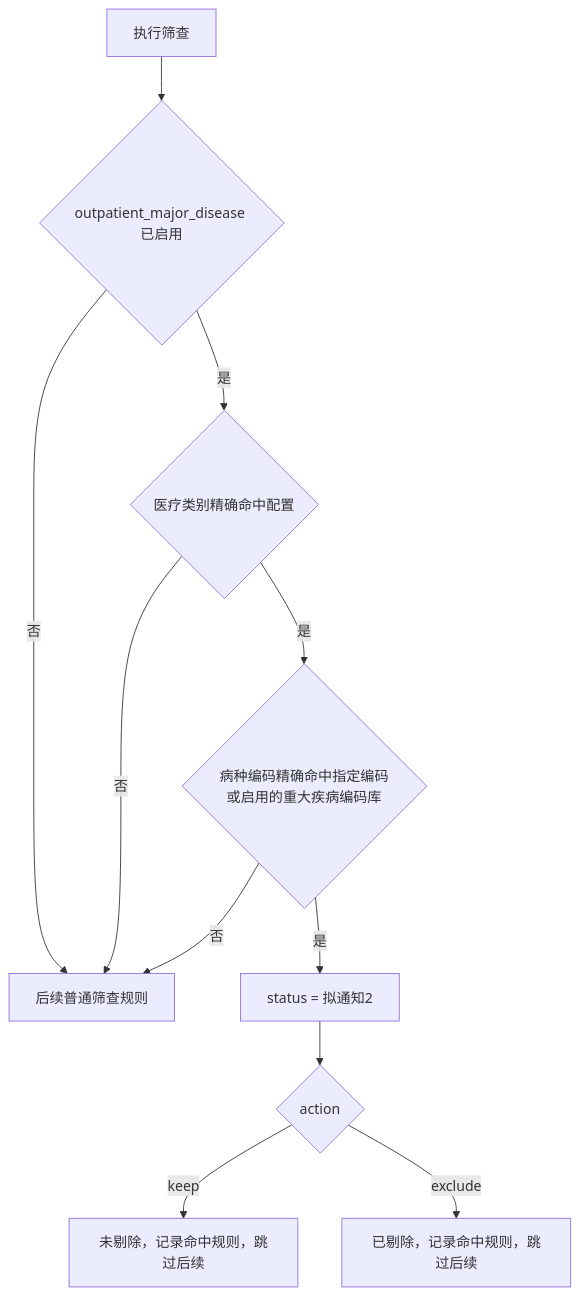
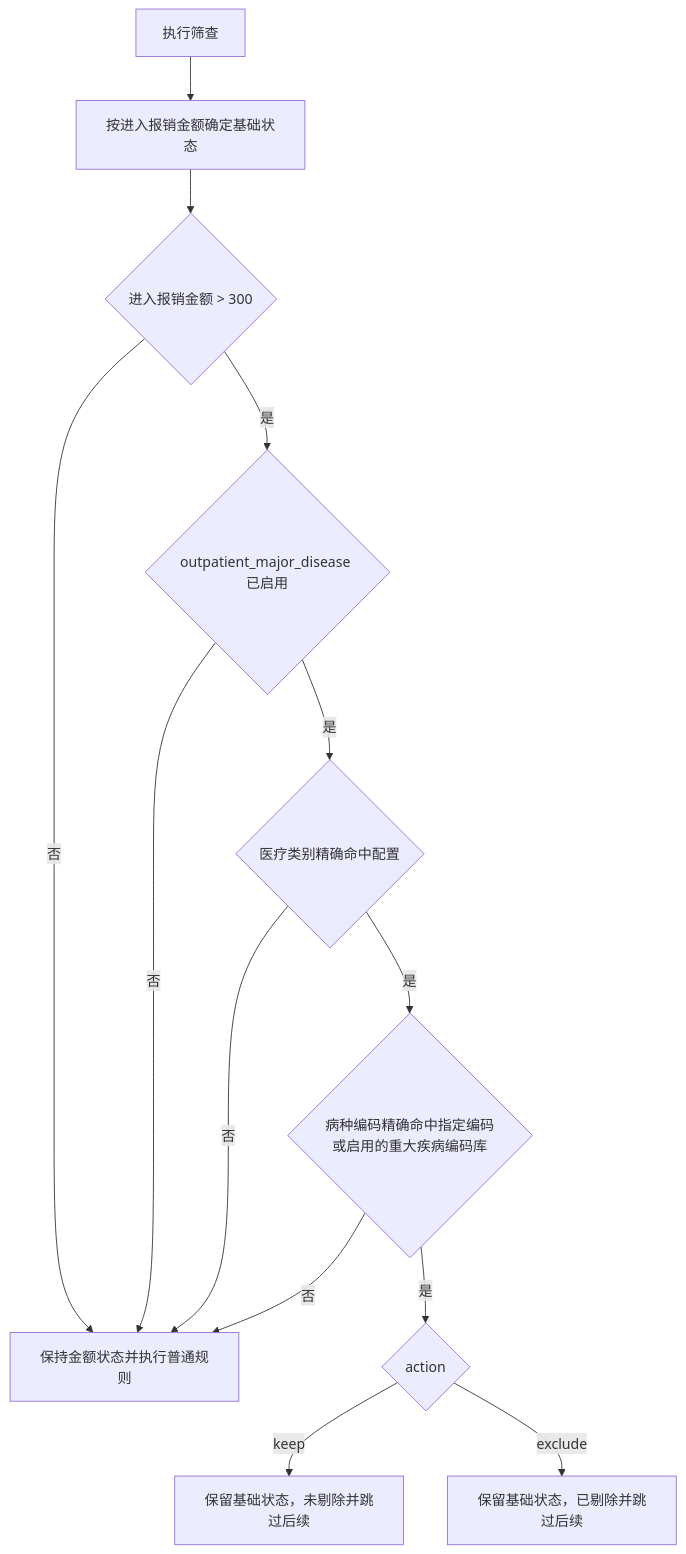
One commit to kongzhiao/tools-hyperf changed the fourth of 7 diagrams in docs/未救助台账/业务流程图解.md. Above: the diagram before and after it, drawn with Mermaid. The commit also changed other lines of this file and 10 other files, not shown here.

````diff
--- a/docs/未救助台账/业务流程图解.md
+++ b/docs/未救助台账/业务流程图解.md
@@ -50,13 +50,15 @@
 ```mermaid
 flowchart TD
-    A["执行筛查"] --> B{"outpatient_major_disease 已启用"}
-    B -- "否" --> H["后续普通筛查规则"]
-    B -- "是" --> C{"医疗类别精确命中配置"}
-    C -- "否" --> H
-    C -- "是" --> D{"病种编码精确命中指定编码或启用的重大疾病编码库"}
+    A["执行筛查"] --> B["按进入报销金额确定基础状态"]
+    B --> C{"进入报销金额 > 300"}
+    C -- "否" --> H["保持金额状态并执行普通规则"]
+    C -- "是" --> D{"outpatient_major_disease 已启用"}
     D -- "否" --> H
-    D -- "是" --> E["status = 拟通知2"]
-    E --> F{"action"}
-    F -- "keep" --> G["未剔除，记录命中规则，跳过后续"]
-    F -- "exclude" --> I["已剔除，记录命中规则，跳过后续"]
+    D -- "是" --> E{"医疗类别精确命中配置"}
+    E -- "否" --> H
+    E -- "是" --> F{"病种编码精确命中指定编码或启用的重大疾病编码库"}
+    F -- "否" --> H
+    F -- "是" --> G{"action"}
+    G -- "keep" --> I["保留基础状态，未剔除并跳过后续"]
+    G -- "exclude" --> J["保留基础状态，已剔除并跳过后续"]
 ```
````
